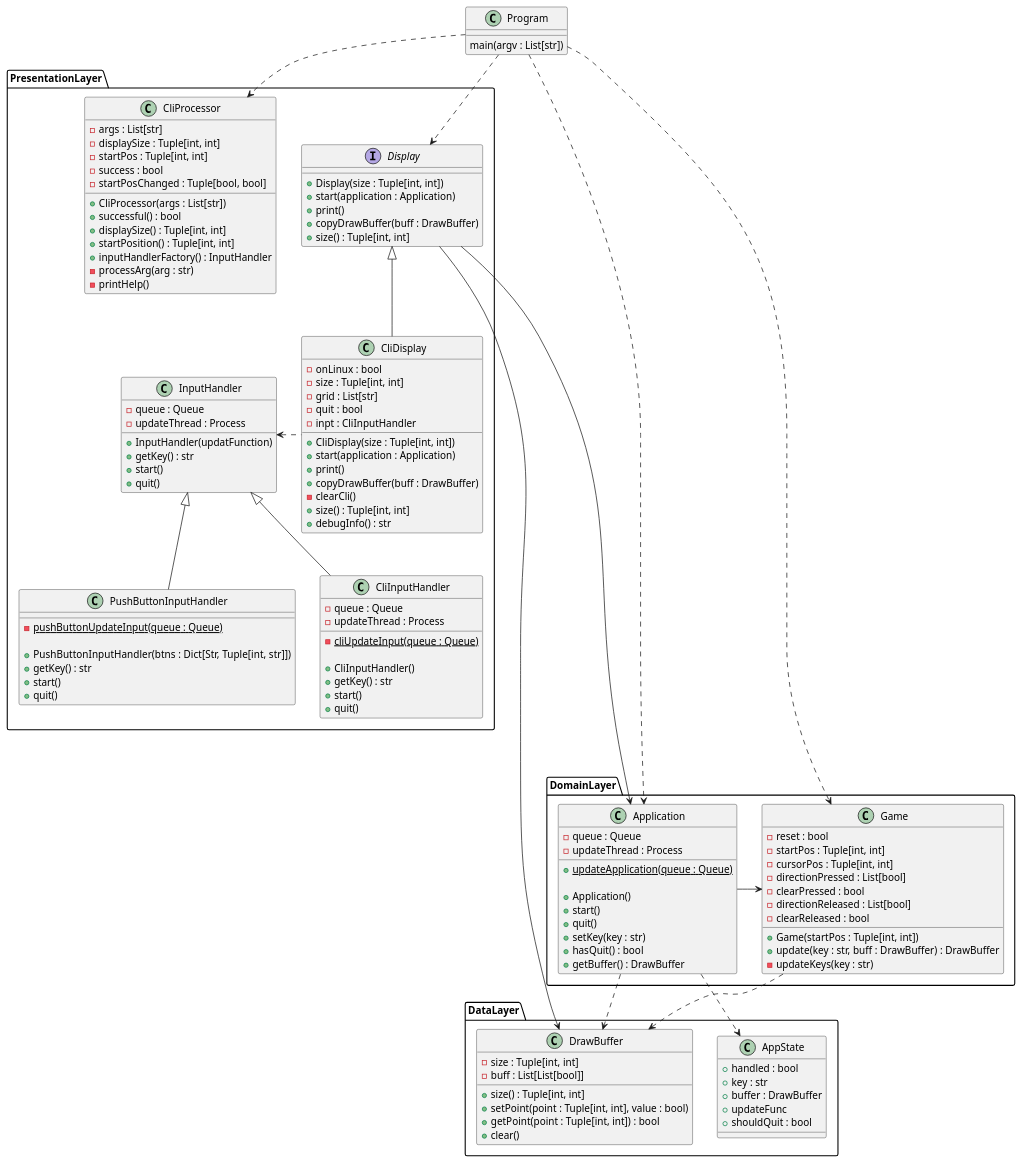
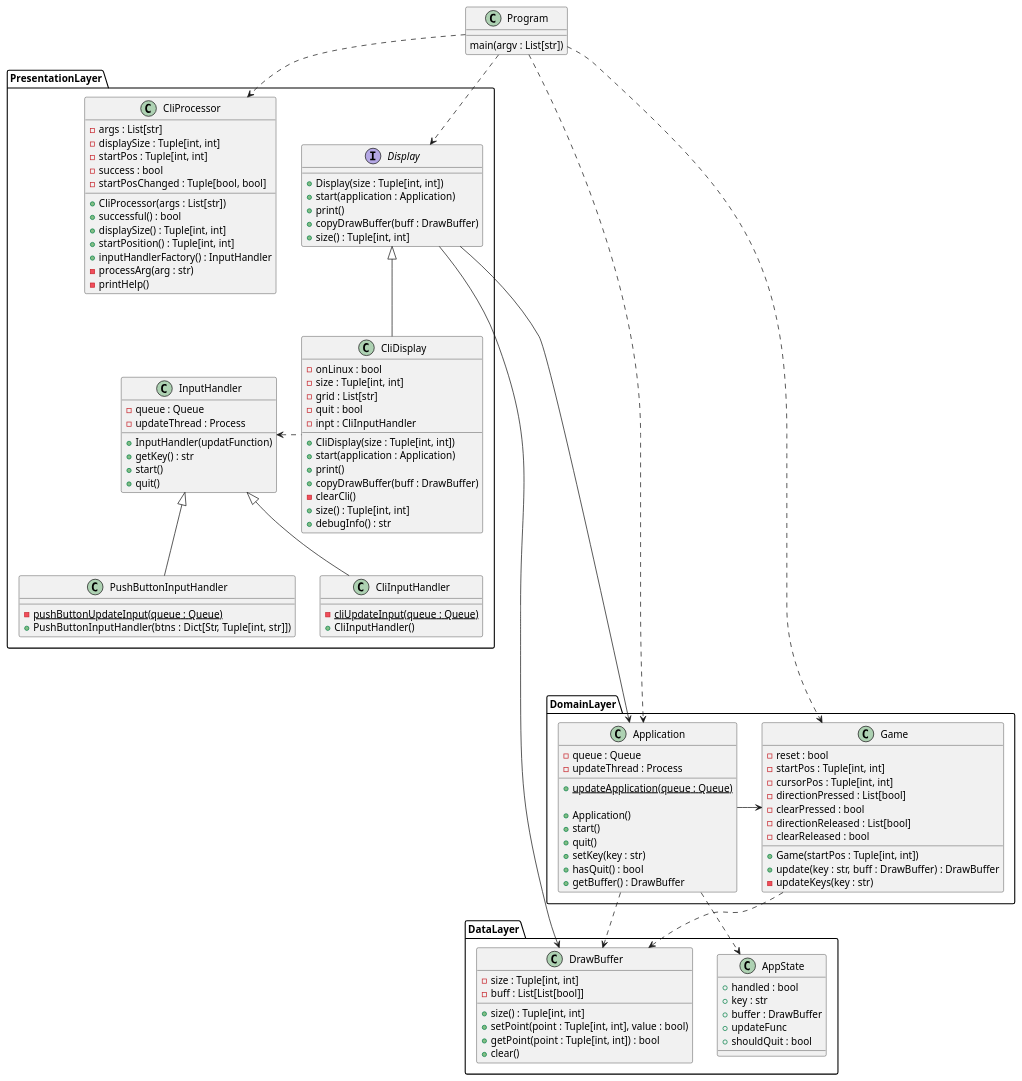
The diagram in hw02/docs/etchsketch.plantuml (blueOkiris/EmbeddedLinuxClass), drawn with PlantUML before and after one commit.

Commit message:
Updated class diagram

```diff
--- a/hw02/docs/etchsketch.plantuml
+++ b/hw02/docs/etchsketch.plantuml
@@ -1,147 +1,136 @@
 @startuml etch-a-sketch-class
 
 class Program {
     main(argv : List[str])
 }
 
 namespace PresentationLayer {
     interface Display {
         + Display(size : Tuple[int, int])
         + start(application : Application)
         + print()
         + copyDrawBuffer(buff : DrawBuffer)
         + size() : Tuple[int, int]
     }
 
     class CliDisplay {
         - onLinux : bool
         - size : Tuple[int, int]
         - grid : List[str]
         - quit : bool
         - inpt : CliInputHandler
 
         + CliDisplay(size : Tuple[int, int])
         + start(application : Application)
         + print()
         + copyDrawBuffer(buff : DrawBuffer)
         - clearCli()
         + size() : Tuple[int, int]
         + debugInfo() : str
     }
 
     class CliProcessor {
         - args : List[str]
         - displaySize : Tuple[int, int]
         - startPos : Tuple[int, int]
         - success : bool
         - startPosChanged : Tuple[bool, bool]
 
         + CliProcessor(args : List[str])
         + successful() : bool
         + displaySize() : Tuple[int, int]
         + startPosition() : Tuple[int, int]
         + inputHandlerFactory() : InputHandler
         - processArg(arg : str)
         - printHelp()
     }
 
     class InputHandler {
         - queue : Queue
         - updateThread : Process
 
         + InputHandler(updatFunction)
         + getKey() : str
         + start()
         + quit()
     }
 
     class PushButtonInputHandler {
         - {static} pushButtonUpdateInput(queue : Queue)
-
         + PushButtonInputHandler(btns : Dict[Str, Tuple[int, str]])
-        + getKey() : str
-        + start()
-        + quit()
     }
 
     class CliInputHandler {
-        - queue : Queue
-        - updateThread : Process
-
         - {static} cliUpdateInput(queue : Queue)
-
         + CliInputHandler()
-        + getKey() : str
-        + start()
-        + quit()
     }
 
     CliDisplay .l.> InputHandler
     CliDisplay -u-|> Display
     CliInputHandler -u-|> InputHandler
     PushButtonInputHandler -u-|> InputHandler
 }
 
 namespace DomainLayer {
     class Application {
         - queue : Queue
         - updateThread : Process
 
         + {static} updateApplication(queue : Queue)
 
         + Application()
         + start()
         + quit()
         + setKey(key : str)
         + hasQuit() : bool
         + getBuffer() : DrawBuffer
     }
 
     class Game {
         - reset : bool
         - startPos : Tuple[int, int]
         - cursorPos : Tuple[int, int]
         - directionPressed : List[bool]
         - clearPressed : bool
         - directionReleased : List[bool]
         - clearReleased : bool
         
         + Game(startPos : Tuple[int, int])
         + update(key : str, buff : DrawBuffer) : DrawBuffer
         - updateKeys(key : str)
     }
 
     Application -> Game
 }
 
 namespace DataLayer {
     class DrawBuffer {
         - size : Tuple[int, int]
         - buff : List[List[bool]]
 
         + size() : Tuple[int, int]
         + setPoint(point : Tuple[int, int], value : bool)
         + getPoint(point : Tuple[int, int]) : bool
         + clear()
     }
 
     class AppState {
         + handled : bool
         + key : str
         + buffer : DrawBuffer
         + updateFunc
         + shouldQuit : bool
     }
 }
 
 Program ..> PresentationLayer.CliProcessor
 Program ...> DomainLayer.Game
 Program ...> DomainLayer.Application
 Program ..> PresentationLayer.Display
 PresentationLayer.Display -----> DomainLayer.Application
 PresentationLayer.Display -----> DataLayer.DrawBuffer
 DomainLayer.Application ..> DataLayer.AppState
 DomainLayer.Application ..> DataLayer.DrawBuffer
 DomainLayer.Game ..> DataLayer.DrawBuffer
 
 @enduml
```
